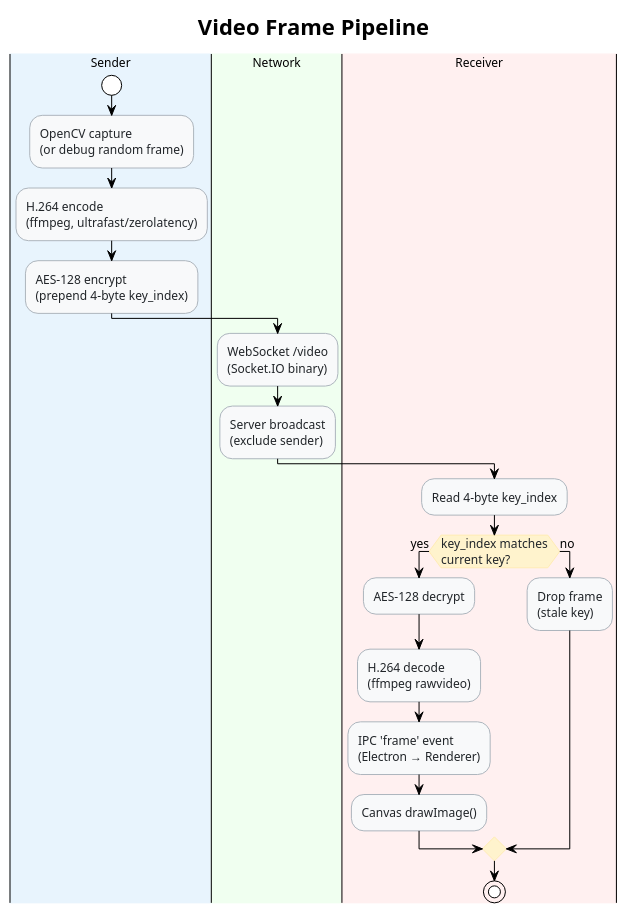
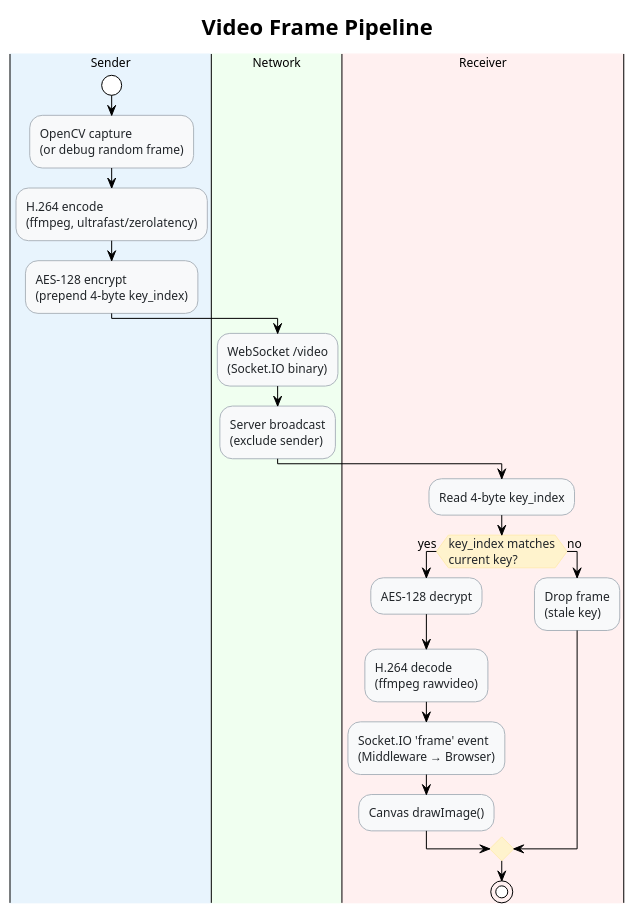
One commit to Quantum-Interns-at-Qualcomm-Institiute/Quantum-Video-Chat changed the diagram in docs/diagrams/video-pipeline.puml. Above: the diagram before and after it, drawn with PlantUML. The commit also changed 63 other files, not shown here.

```diff
--- a/docs/diagrams/video-pipeline.puml
+++ b/docs/diagrams/video-pipeline.puml
@@ -1,43 +1,43 @@
 @startuml video-pipeline
 !theme plain
 skinparam backgroundColor transparent
 skinparam defaultFontName "Segoe UI, Helvetica, Arial, sans-serif"
 skinparam defaultFontSize 12
 skinparam shadowing false
 skinparam ActivityBarColor #495057
 skinparam ActivityBorderColor #ADB5BD
 skinparam ActivityBackgroundColor #F8F9FA
 
 skinparam activity {
     BackgroundColor #F8F9FA
     BorderColor #ADB5BD
     FontColor #212529
     DiamondBackgroundColor #FFF3CD
     DiamondBorderColor #FFECB5
 }
 
 title Video Frame Pipeline
 
 |#E8F4FD|Sender|
 start
 :OpenCV capture\n(or debug random frame);
 :H.264 encode\n(ffmpeg, ultrafast/zerolatency);
 :AES-128 encrypt\n(prepend 4-byte key_index);
 
 |#F0FFF0|Network|
 :WebSocket /video\n(Socket.IO binary);
 :Server broadcast\n(exclude sender);
 
 |#FFF0F0|Receiver|
 :Read 4-byte key_index;
 if (key_index matches\ncurrent key?) then (yes)
     :AES-128 decrypt;
     :H.264 decode\n(ffmpeg rawvideo);
-    :IPC 'frame' event\n(Electron → Renderer);
+    :Socket.IO 'frame' event\n(Middleware → Browser);
     :Canvas drawImage();
 else (no)
     :Drop frame\n(stale key);
 endif
 stop
 
 @enduml
```
